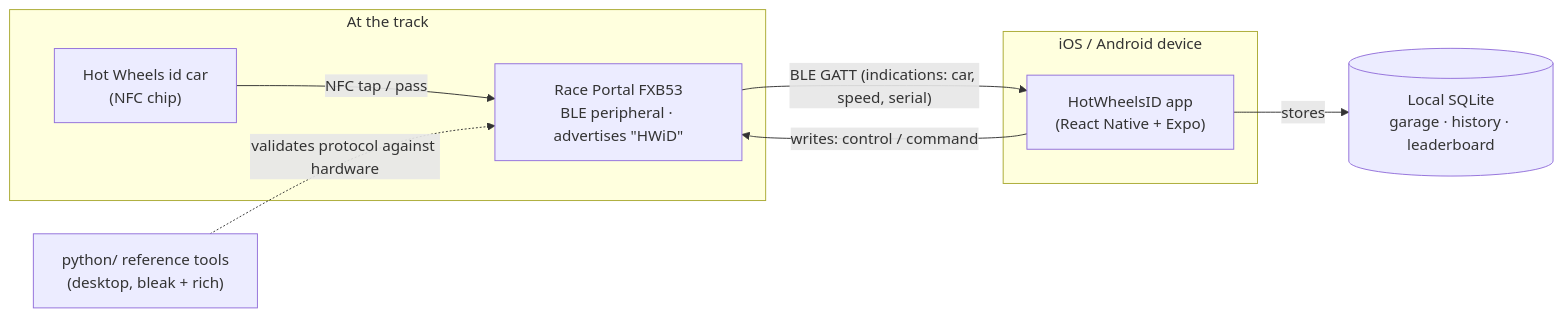
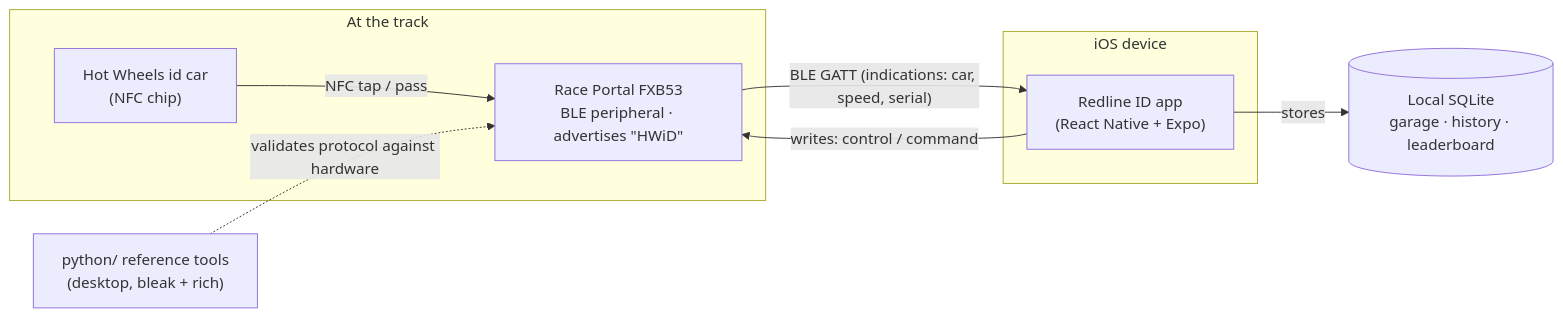
The first of 3 diagrams in docs/architecture/README.md (burkben/HotWheelsID), drawn with Mermaid before and after one commit. The commit also changed other lines of this file and 25 other files, not shown here.

````diff
--- a/docs/architecture/README.md
+++ b/docs/architecture/README.md
@@ -23,18 +26,18 @@
 ```mermaid
 flowchart LR
     subgraph Track["At the track"]
         Car["Hot Wheels id car<br/>(NFC chip)"]
         Portal["Race Portal FXB53<br/>BLE peripheral · advertises &quot;HWiD&quot;"]
         Car -- "NFC tap / pass" --> Portal
     end
 
-    subgraph Phone["iOS / Android device"]
-        App["HotWheelsID app<br/>(React Native + Expo)"]
+    subgraph Phone["iOS device"]
+        App["Redline ID app<br/>(React Native + Expo)"]
     end
 
     Portal -- "BLE GATT (indications: car, speed, serial)" --> App
     App -- "writes: control / command" --> Portal
     App -- "stores" --> DB[("Local SQLite<br/>garage · history · leaderboard")]
 
     Reference["python/ reference tools<br/>(desktop, bleak + rich)"] -. "validates protocol against hardware" .-> Portal
 ```
````
